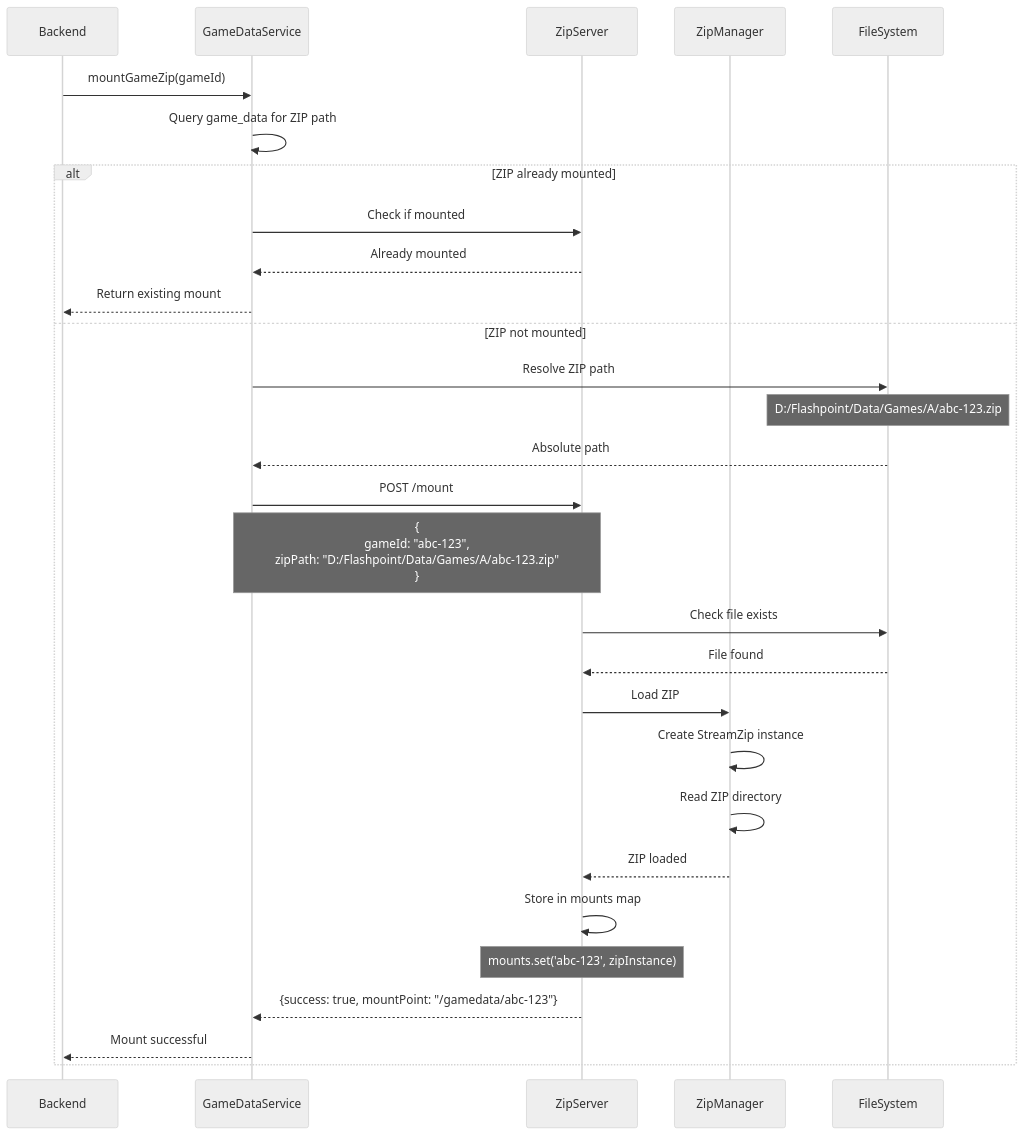
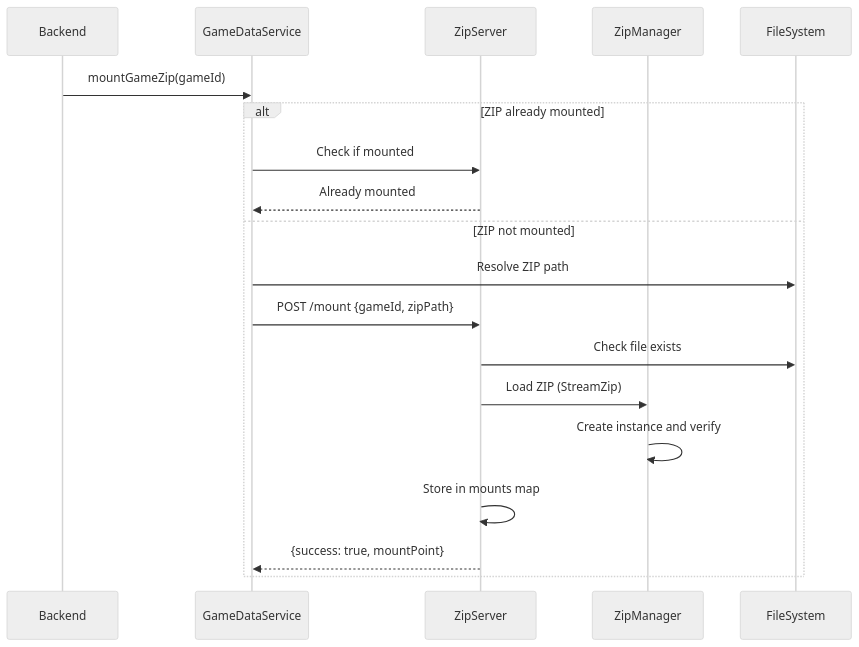
The third of 6 diagrams in docs/02-architecture/game-launch-flow.md (darkraise/flashpoint-web), drawn with Mermaid (neutral theme) before and after one commit. The commit also changed other lines of this file and 98 other files, not shown here.

````diff
--- a/docs/02-architecture/game-launch-flow.md
+++ b/docs/02-architecture/game-launch-flow.md
@@ -155,39 +128,25 @@
 ```mermaid
 sequenceDiagram
     participant Backend
     participant GameDataService
     participant ZipServer
     participant ZipManager
     participant FileSystem
 
     Backend->>GameDataService: mountGameZip(gameId)
-    GameDataService->>GameDataService: Query game_data for ZIP path
 
     alt ZIP already mounted
         GameDataService->>ZipServer: Check if mounted
         ZipServer-->>GameDataService: Already mounted
-        GameDataService-->>Backend: Return existing mount
     else ZIP not mounted
         GameDataService->>FileSystem: Resolve ZIP path
-        Note over FileSystem: D:/Flashpoint/Data/Games/A/abc-123.zip
-
-        FileSystem-->>GameDataService: Absolute path
-
-        GameDataService->>ZipServer: POST /mount
-        Note over GameDataService,ZipServer: {<br/>  gameId: "abc-123",<br/>  zipPath: "D:/Flashpoint/Data/Games/A/abc-123.zip"<br/>}
+        GameDataService->>ZipServer: POST /mount {gameId, zipPath}
 
         ZipServer->>FileSystem: Check file exists
-        FileSystem-->>ZipServer: File found
+        ZipServer->>ZipManager: Load ZIP (StreamZip)
+        ZipManager->>ZipManager: Create instance and verify
+        ZipServer->>ZipServer: Store in mounts map
 
-        ZipServer->>ZipManager: Load ZIP
-        ZipManager->>ZipManager: Create StreamZip instance
-        ZipManager->>ZipManager: Read ZIP directory
-
-        ZipManager-->>ZipServer: ZIP loaded
-        ZipServer->>ZipServer: Store in mounts map
-        Note over ZipServer: mounts.set('abc-123', zipInstance)
-
-        ZipServer-->>GameDataService: {success: true, mountPoint: "/gamedata/abc-123"}
-        GameDataService-->>Backend: Mount successful
+        ZipServer-->>GameDataService: {success: true, mountPoint}
     end
 ```
````
